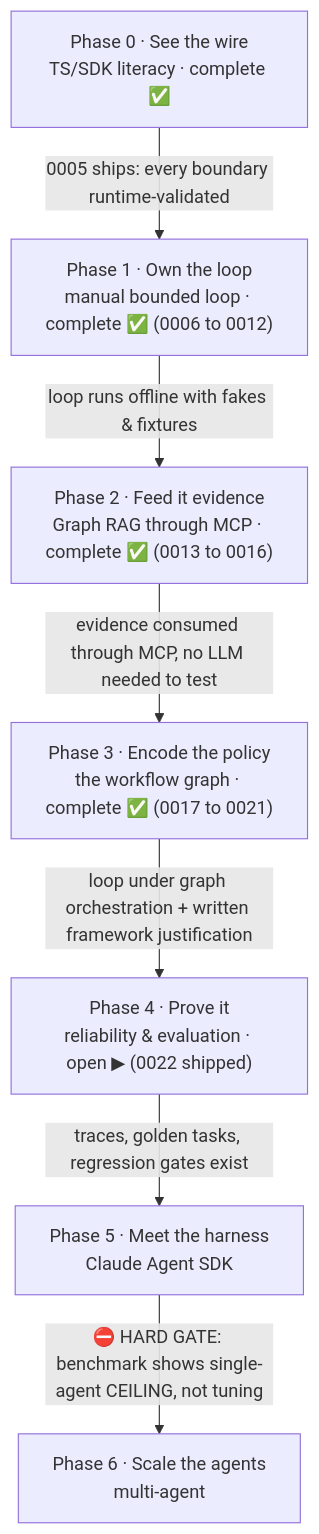
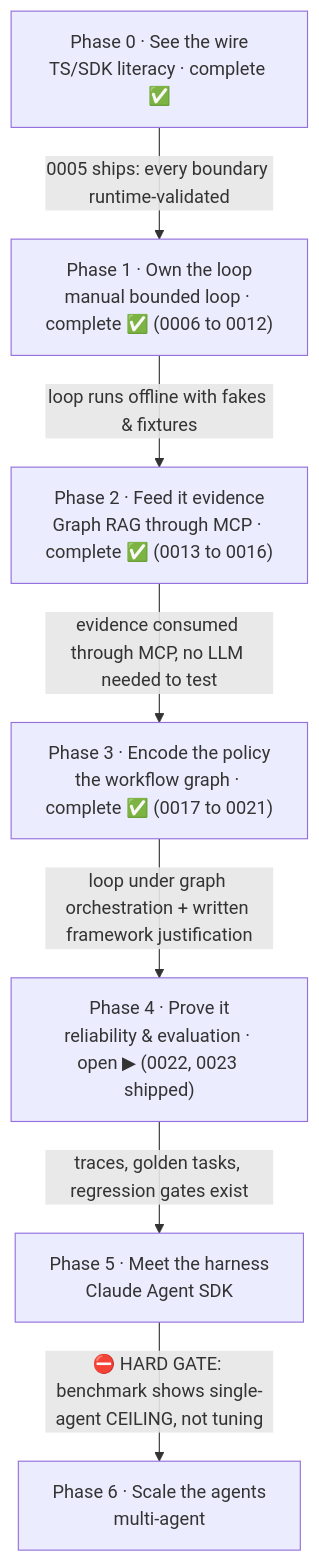
One commit to JozsefKiss90/TS changed the first of 7 diagrams in wiki/course/course-module-graph.md. Above: the diagram before and after it, drawn with Mermaid. The commit also changed other lines of this file and 18 other files, not shown here.

````diff
--- a/wiki/course/course-module-graph.md
+++ b/wiki/course/course-module-graph.md
@@ -17,16 +17,16 @@
 ```mermaid
 flowchart TD
     P0["Phase 0 · See the wire<br/>TS/SDK literacy · complete ✅"]
     P1["Phase 1 · Own the loop<br/>manual bounded loop · complete ✅ (0006 to 0012)"]
     P2["Phase 2 · Feed it evidence<br/>Graph RAG through MCP · complete ✅ (0013 to 0016)"]
     P3["Phase 3 · Encode the policy<br/>the workflow graph · complete ✅ (0017 to 0021)"]
-    P4["Phase 4 · Prove it<br/>reliability & evaluation · open ▶ (0022 shipped)"]
+    P4["Phase 4 · Prove it<br/>reliability & evaluation · open ▶ (0022, 0023 shipped)"]
     P5["Phase 5 · Meet the harness<br/>Claude Agent SDK"]
     P6["Phase 6 · Scale the agents<br/>multi-agent"]
     P0 -->|"0005 ships: every boundary runtime-validated"| P1
     P1 -->|"loop runs offline with fakes & fixtures"| P2
     P2 -->|"evidence consumed through MCP, no LLM needed to test"| P3
     P3 -->|"loop under graph orchestration + written framework justification"| P4
     P4 -->|"traces, golden tasks, regression gates exist"| P5
     P5 -->|"⛔ HARD GATE: benchmark shows single-agent CEILING, not tuning"| P6
 ```
````
